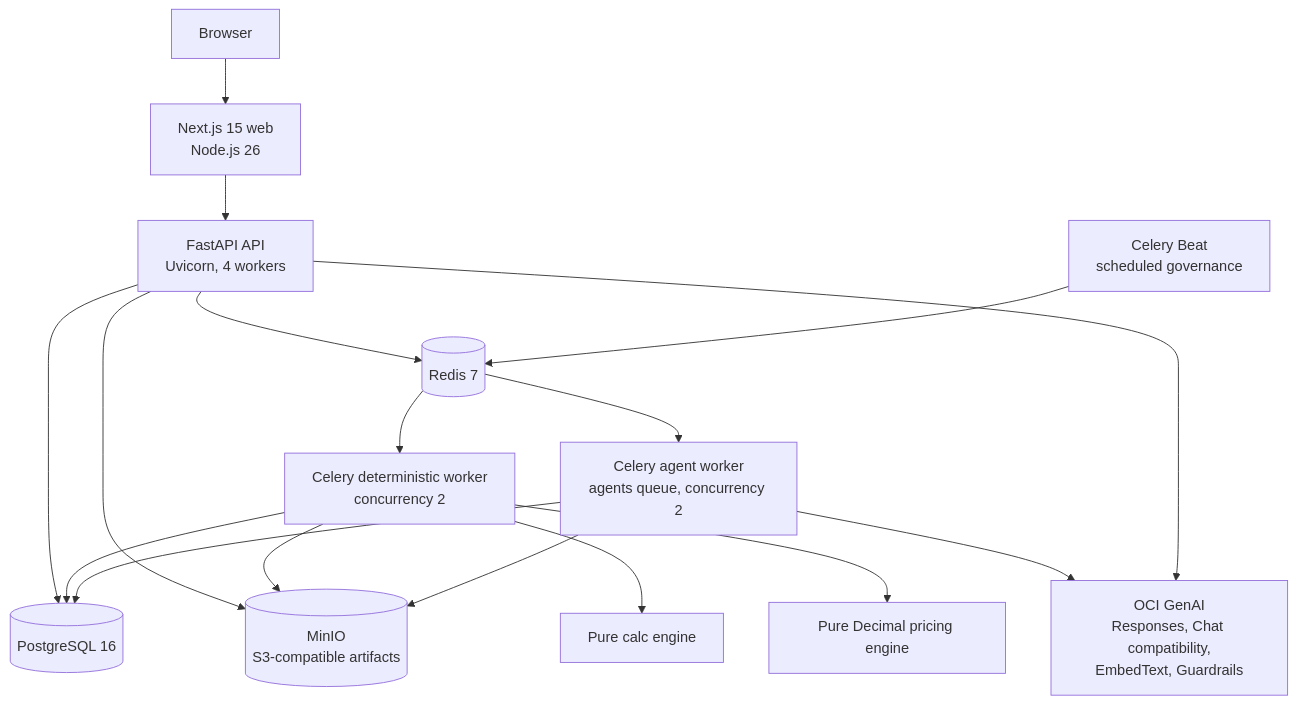
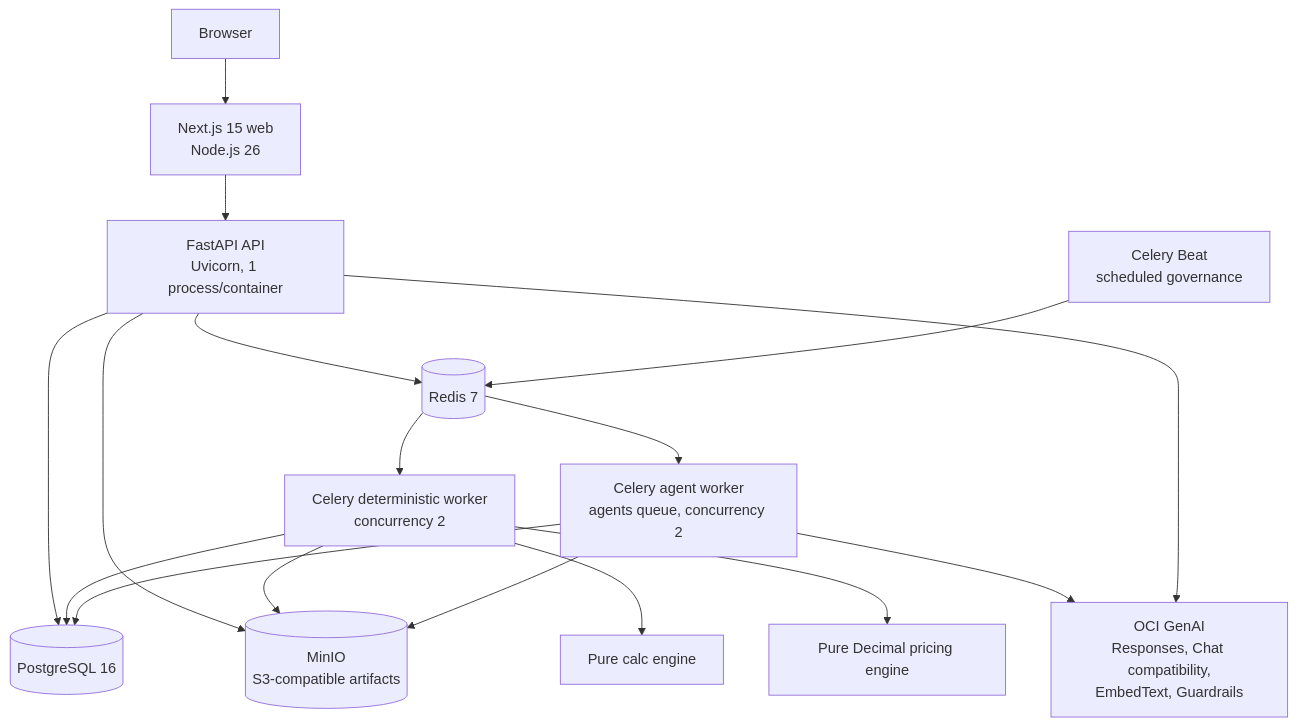
The second of 8 diagrams in OCI DIS Blueprint/docs/architecture/current-state-architecture.md (javierchan/oci), drawn with Mermaid before and after one commit. The commit also changed other lines of this file and 79 other files, not shown here.

````diff
--- a/OCI DIS Blueprint/docs/architecture/current-state-architecture.md
+++ b/OCI DIS Blueprint/docs/architecture/current-state-architecture.md
@@ -52,32 +55,32 @@
 ```mermaid
 flowchart TB
     Browser["Browser"]
     Web["Next.js 15 web<br/>Node.js 26"]
-    API["FastAPI API<br/>Uvicorn, 4 workers"]
+    API["FastAPI API<br/>Uvicorn, 1 process/container"]
     Worker["Celery deterministic worker<br/>concurrency 2"]
     Agent["Celery agent worker<br/>agents queue, concurrency 2"]
     Beat["Celery Beat<br/>scheduled governance"]
     DB[("PostgreSQL 16")]
     Redis[("Redis 7")]
     Object[("MinIO<br/>S3-compatible artifacts")]
     OCI["OCI GenAI<br/>Responses, Chat compatibility,<br/>EmbedText, Guardrails"]
     Calc["Pure calc engine"]
     Price["Pure Decimal pricing engine"]
 
     Browser --> Web
     Web --> API
     API --> DB
     API --> Redis
     API --> Object
     Redis --> Worker
     Redis --> Agent
     Beat --> Redis
     Worker --> DB
     Worker --> Object
     Worker --> Calc
     Worker --> Price
     Agent --> DB
     Agent --> Object
     Agent --> OCI
     API --> OCI
 ```
````
